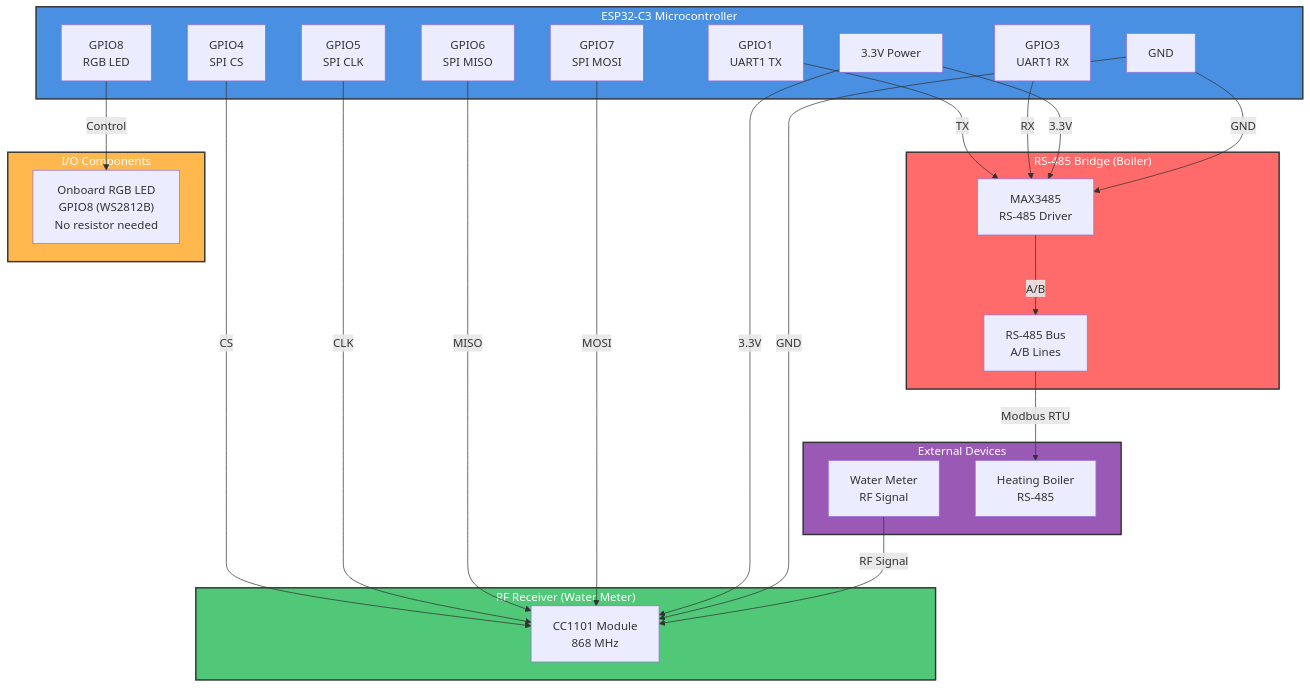
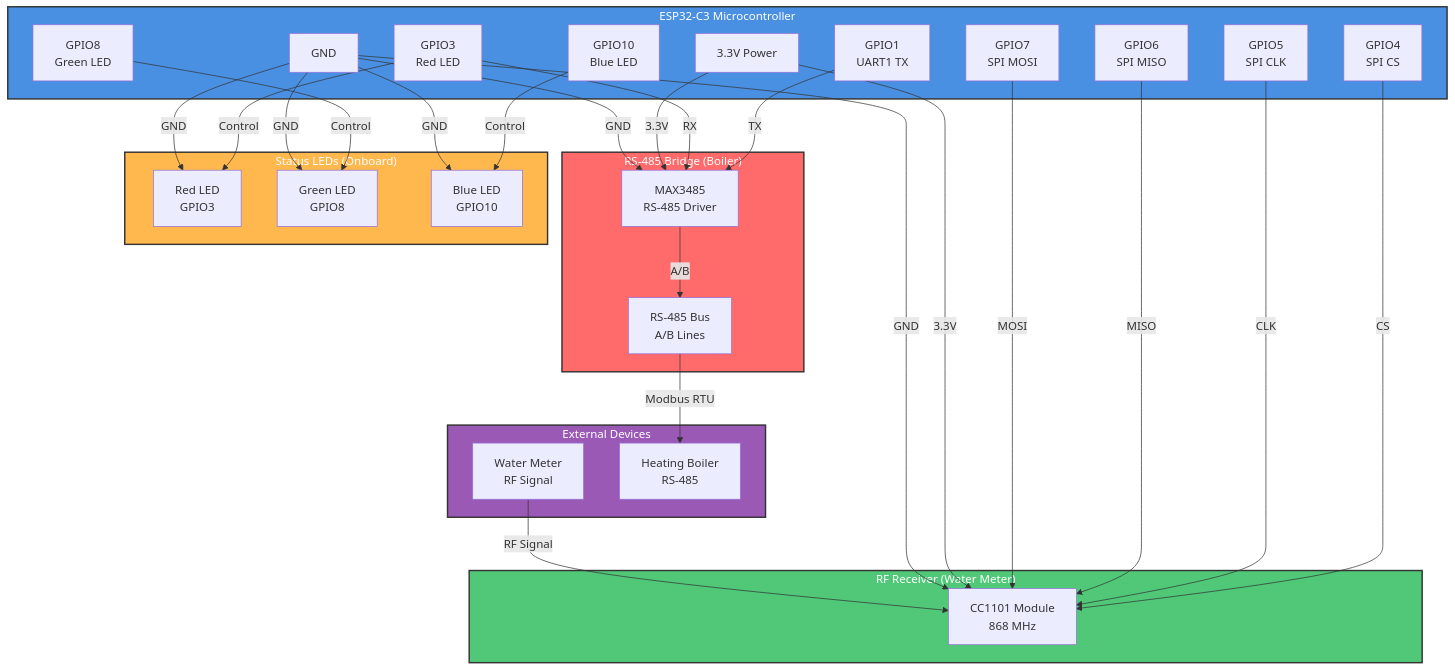
The diagram in hardware-config.md (krzysiekbielicki/water-meter-and-boiler-device), drawn with Mermaid before and after one commit. The commit also changed other lines of this file, not shown here.

First line of the commit message:
Update for LilyGO ESP32-C3 Plus with 3 discrete LEDs

````diff
--- a/hardware-config.md
+++ b/hardware-config.md
@@ -212,58 +220,67 @@
 ```mermaid
 graph TB
     subgraph ESP["ESP32-C3 Microcontroller"]
         GPIO1["GPIO1<br/>UART1 TX"]
         GPIO3["GPIO3<br/>UART1 RX"]
         GPIO4["GPIO4<br/>SPI CS"]
         GPIO5["GPIO5<br/>SPI CLK"]
         GPIO6["GPIO6<br/>SPI MISO"]
         GPIO7["GPIO7<br/>SPI MOSI"]
-        GPIO8["GPIO8<br/>RGB LED"]
+        GPIO3["GPIO3<br/>Red LED"]
+        GPIO8["GPIO8<br/>Green LED"]
+        GPIO10["GPIO10<br/>Blue LED"]
         PWR3V3["3.3V Power"]
         GND["GND"]
     end
     
     subgraph RF["RF Receiver (Water Meter)"]
         CC1101["CC1101 Module<br/>868 MHz"]
     end
     
     subgraph RS["RS-485 Bridge (Boiler)"]
         MAX3485["MAX3485<br/>RS-485 Driver"]
         RS485BUS["RS-485 Bus<br/>A/B Lines"]
     end
     
-    subgraph IO["I/O Components"]
-        LED["Onboard RGB LED<br/>GPIO8 (WS2812B)<br/>No resistor needed"]
+    subgraph IO["Status LEDs (Onboard)"]
+        RED["Red LED<br/>GPIO3"]
+        GREEN["Green LED<br/>GPIO8"]
+        BLUE["Blue LED<br/>GPIO10"]
     end
     
     subgraph EXT["External Devices"]
         METER["Water Meter<br/>RF Signal"]
         BOILER["Heating Boiler<br/>RS-485"]
     end
     
     %% RF Connections
     GPIO4 -->|CS| CC1101
     GPIO5 -->|CLK| CC1101
     GPIO6 -->|MISO| CC1101
     GPIO7 -->|MOSI| CC1101
     PWR3V3 -->|3.3V| CC1101
     GND -->|GND| CC1101
     METER -->|RF Signal| CC1101
     
     %% RS-485 Connections
     GPIO1 -->|TX| MAX3485
     GPIO3 -->|RX| MAX3485
     PWR3V3 -->|3.3V| MAX3485
     GND -->|GND| MAX3485
     MAX3485 -->|A/B| RS485BUS
     RS485BUS -->|Modbus RTU| BOILER
     
     %% I/O Connections
-    GPIO8 -->|Control| LED
+    GPIO3 -->|Control| RED
+    GPIO8 -->|Control| GREEN
+    GPIO10 -->|Control| BLUE
+    GND -->|GND| RED
+    GND -->|GND| GREEN
+    GND -->|GND| BLUE
     
     style ESP fill:#4A90E2,stroke:#333,stroke-width:2px,color:#fff
     style RF fill:#50C878,stroke:#333,stroke-width:2px,color:#fff
     style RS fill:#FF6B6B,stroke:#333,stroke-width:2px,color:#fff
     style IO fill:#FFB84D,stroke:#333,stroke-width:2px,color:#fff
     style EXT fill:#9B59B6,stroke:#333,stroke-width:2px,color:#fff
 ```
````
